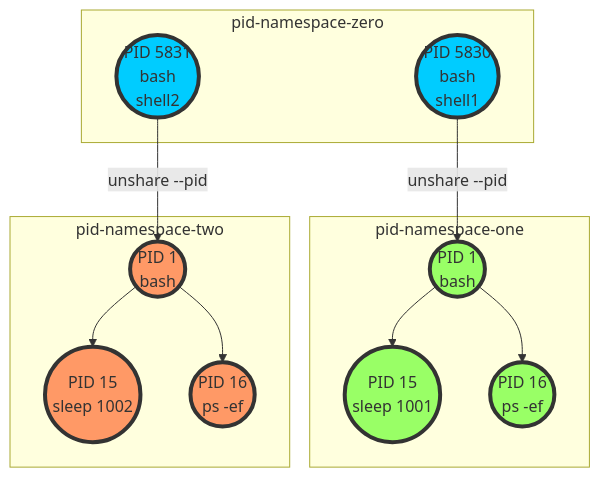
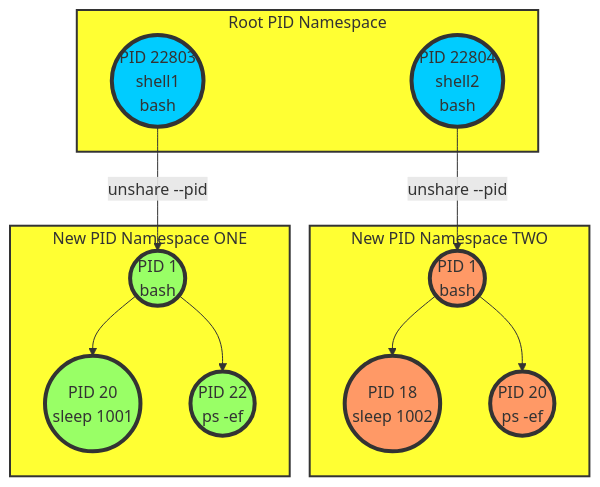
Before and after one commit to amcginlay/k8s-primer: the first of 2 diagrams in content/appendix/710_pid_namespace_hierarchy.md, drawn with Mermaid. The commit also changed other lines of this file and 1 other file, not shown here.

Commit message:
typographical fix in setup and renamed pid appx

```diff
--- a/content/appendix/710_pid_namespace_hierarchy.md
+++ b/content/appendix/710_pid_namespace_hierarchy.md
@@ -13,28 +13,30 @@
 {{< mermaid >}}
 graph TB
-    subgraph pid-namespace-zero
-         proc1((PID 5830<br>bash<br>shell1))
-         proc2((PID 5831<br>bash<br>shell2))
+    subgraph pid-namespace-zero[Root PID Namespace]
+         proc1((PID 22803<br>shell1<br>bash))
+         proc2((PID 22804<br>shell2<br>bash))
     end
-    subgraph pid-namespace-one
+    subgraph pid-namespace-two[New PID Namespace TWO]
+         proc6((PID 1<br>bash))
+         proc7((PID 18<br>sleep 1002))
+         proc8((PID 20<br>ps -ef))
+    end
+    subgraph pid-namespace-one[New PID Namespace ONE]
          proc3((PID 1<br>bash))
-         proc4((PID 15<br>sleep 1001))
-         proc5((PID 16<br>ps -ef))
-    end
-    subgraph pid-namespace-two
-         proc6((PID 1<br>bash))
-         proc7((PID 15<br>sleep 1002))
-         proc8((PID 16<br>ps -ef))
+         proc4((PID 20<br>sleep 1001))
+         proc5((PID 22<br>ps -ef))
     end
 proc1 -->|unshare --pid| proc3
 proc2 -->|unshare --pid| proc6
 proc3 --> proc4 & proc5
 proc6 --> proc7 & proc8
 
 classDef green fill:#9f6,stroke:#333,stroke-width:4px;
 classDef blue fill:#0cf,stroke:#333,stroke-width:4px;
 classDef orange fill:#f96,stroke:#333,stroke-width:4px;
+classDef yellow fill:#ff3,stroke:#333,stroke-width:2px;
 class proc1,proc2 blue;
 class proc3,proc4,proc5 green;
 class proc6,proc7,proc8 orange;
+class pid-namespace-zero,pid-namespace-one,pid-namespace-two yellow;
 {{< /mermaid >}}
```
